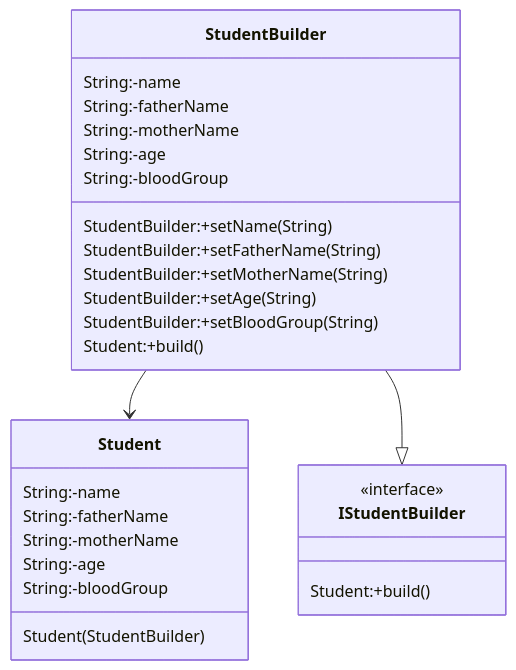
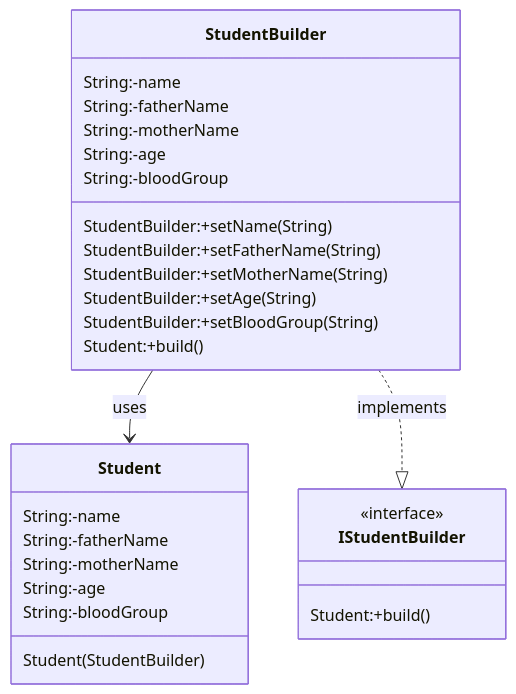
The diagram in DesingPatterns/Creational/Builder/readme.md (lokesh-chouhan/LowLevelDesign), drawn with Mermaid before and after one commit.

````diff
--- a/DesingPatterns/Creational/Builder/readme.md
+++ b/DesingPatterns/Creational/Builder/readme.md
@@ -14,38 +14,38 @@
 ```mermaid
 classDiagram
   class Student{
     String:-name
     String:-fatherName
     String:-motherName
     String:-age
     String:-bloodGroup
     Student(StudentBuilder)
 
   }
 
   class StudentBuilder{
     String:-name
     String:-fatherName
     String:-motherName
     String:-age
     String:-bloodGroup
 
     StudentBuilder:+setName(String)
     StudentBuilder:+setFatherName(String)
     StudentBuilder:+setMotherName(String)
     StudentBuilder:+setAge(String)
     StudentBuilder:+setBloodGroup(String)
     Student:+build()
   
   }
 
   class IStudentBuilder{
     <<interface>>
     Student:+build()
   }
 
-StudentBuilder --> Student
-StudentBuilder --|> IStudentBuilder
+StudentBuilder --> Student : uses
+StudentBuilder ..|> IStudentBuilder : implements
   
 
 ```
````
